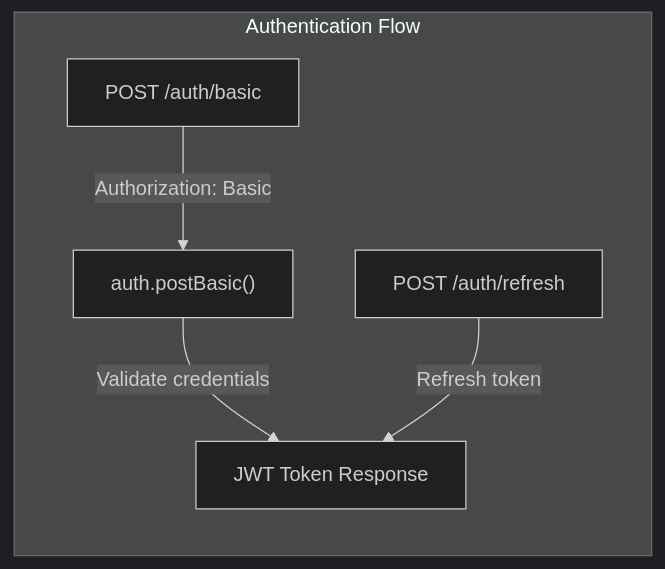
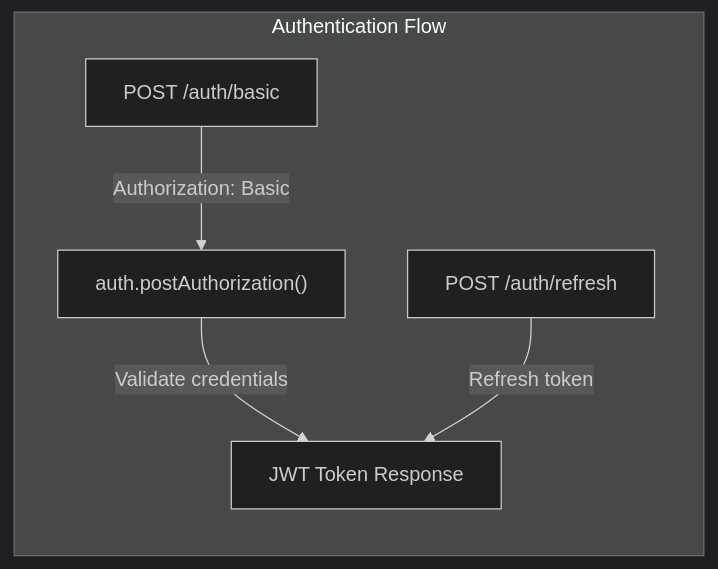
The fourth of 7 diagrams in docs/36_External_Integrations.md (Ziddykins/LegendOfAetheria), drawn with Mermaid (dark theme) before and after one commit. The commit also changed other lines of this file and 15 other files, not shown here.

````diff
--- a/docs/36_External_Integrations.md
+++ b/docs/36_External_Integrations.md
@@ -211,13 +211,13 @@
 ```mermaid
 graph LR
     subgraph "Authentication Flow"
         BasicAuth["POST /auth/basic"]
         Refresh["POST /auth/refresh"]
-        AuthService["auth.postBasic()"]
+        AuthService["auth.postAuthorization()"]
         Response["JWT Token Response"]
     end
     
     BasicAuth -->|"Authorization: Basic"| AuthService
     AuthService -->|"Validate credentials"| Response
     Refresh -->|"Refresh token"| Response
 ```
````
